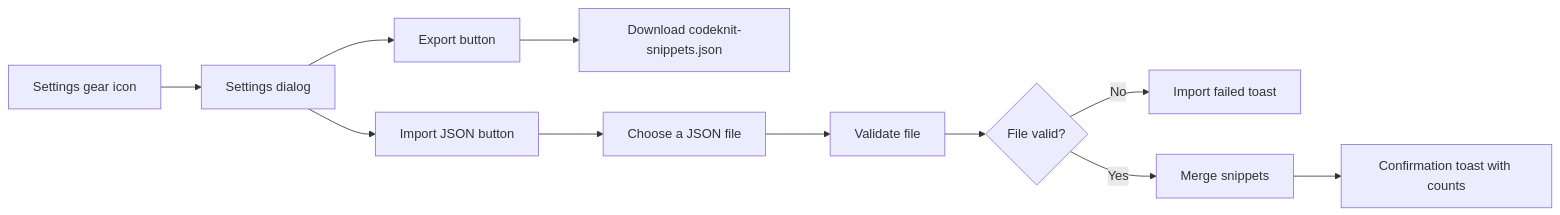
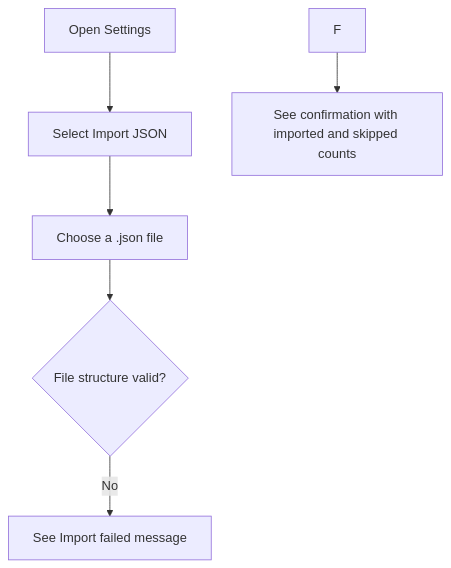
One commit to Mohita111/API2 changed the third of 3 diagrams in api2-documentation/plan_2026-11-02_f8890e/user-facing-docs/import-and-export.md. Above: the diagram before and after it, drawn with Mermaid. The commit also changed other lines of this file and 11 other files, not shown here.

````diff
--- a/api2-documentation/plan_2026-11-02_f8890e/user-facing-docs/import-and-export.md
+++ b/api2-documentation/plan_2026-11-02_f8890e/user-facing-docs/import-and-export.md
@@ -31,13 +52,8 @@
 ```mermaid
-graph LR
-    A[Settings gear icon] --> B[Settings dialog]
-    B --> C[Export button]
-    B --> D[Import JSON button]
-    C --> E["Download codeknit-snippets.json"]
-    D --> F[Choose a JSON file]
-    F --> G[Validate file]
-    G --> H{"File valid?"}
-    H -- No --> I[Import failed toast]
-    H -- Yes --> J[Merge snippets]
-    J --> K[Confirmation toast with counts]
+graph TD
+A[Open Settings] --> B[Select Import JSON]
+B --> C["Choose a .json file"]
+C --> D{"File structure valid?"}
+D -- No --> E[See Import failed message]
+F --> G[See confirmation with imported and skipped counts]
 ```
````
